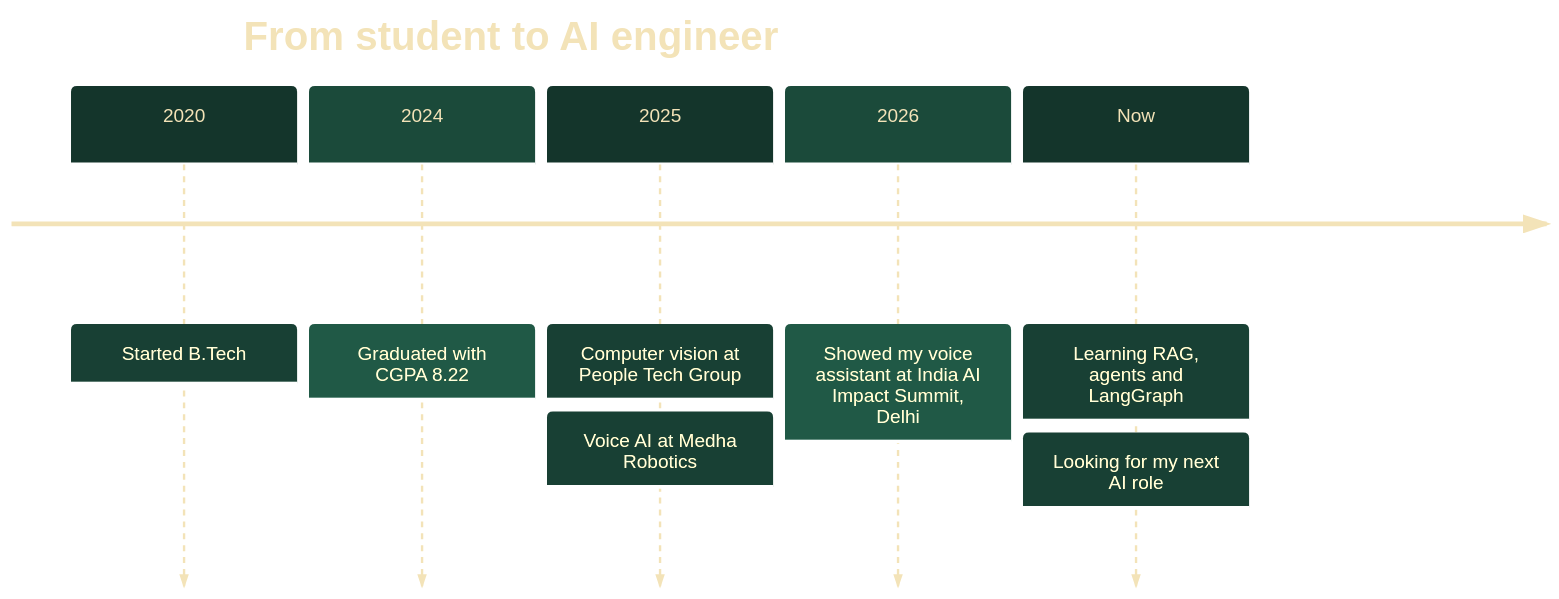
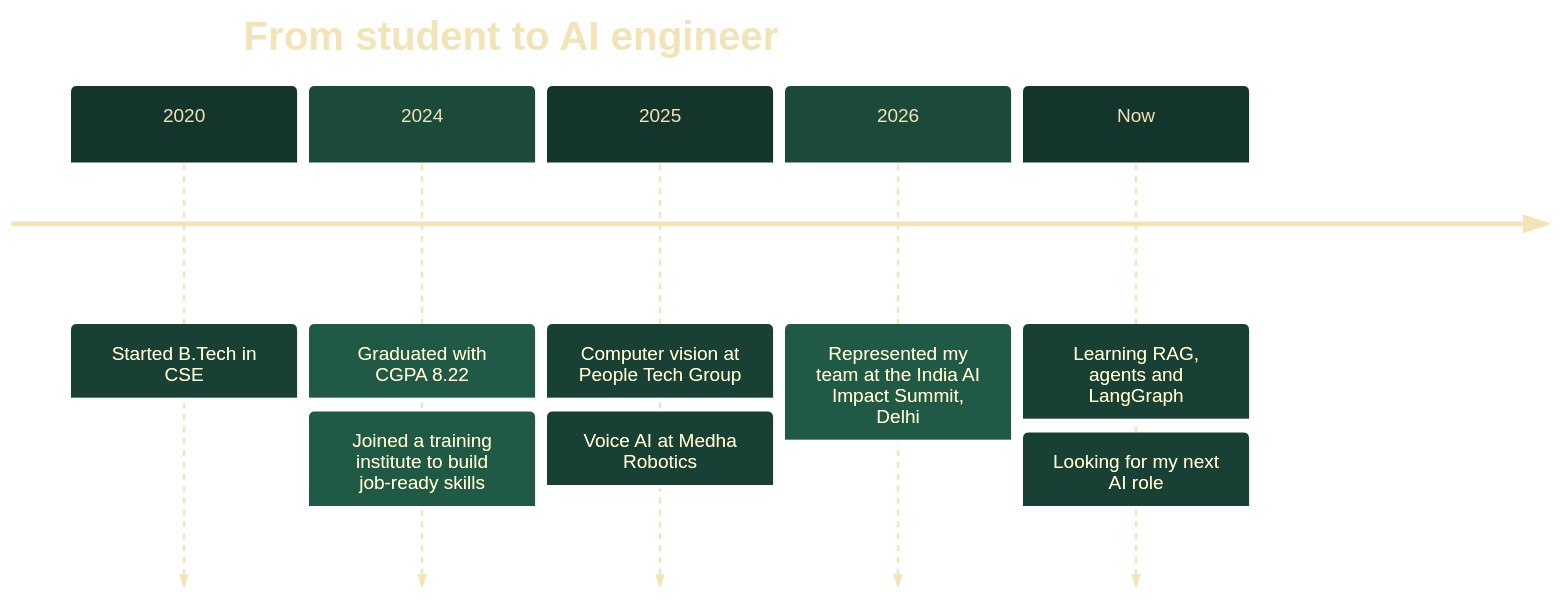
Before and after one commit to harikishoreanem/harikishoreanem: the diagram in README.md, drawn with Mermaid. The commit also changed other lines of this file and 3 other files, not shown here.

````diff
--- a/README.md
+++ b/README.md
@@ -29,10 +44,10 @@
 ```mermaid
 %%{init: {'theme':'base','themeVariables':{'primaryColor':'#10271f','primaryTextColor':'#f3e3b8','lineColor':'#c9a96e','cScale0':'#14352b','cScale1':'#1b4a3a','cScale2':'#14352b','cScale3':'#1b4a3a','cScale4':'#14352b','cScaleLabel0':'#f3e3b8','cScaleLabel1':'#f3e3b8','cScaleLabel2':'#f3e3b8','cScaleLabel3':'#f3e3b8','cScaleLabel4':'#f3e3b8'}}}%%
 timeline
     title From student to AI engineer
-    2020 : Started B.Tech
-    2024 : Graduated with CGPA 8.22
+    2020 : Started B.Tech in CSE
+    2024 : Graduated with CGPA 8.22 : Joined a training institute to build job-ready skills
     2025 : Computer vision at People Tech Group : Voice AI at Medha Robotics
-    2026 : Showed my voice assistant at India AI Impact Summit, Delhi
+    2026 : Represented my team at the India AI Impact Summit, Delhi
     Now : Learning RAG, agents and LangGraph : Looking for my next AI role
 ```
````
